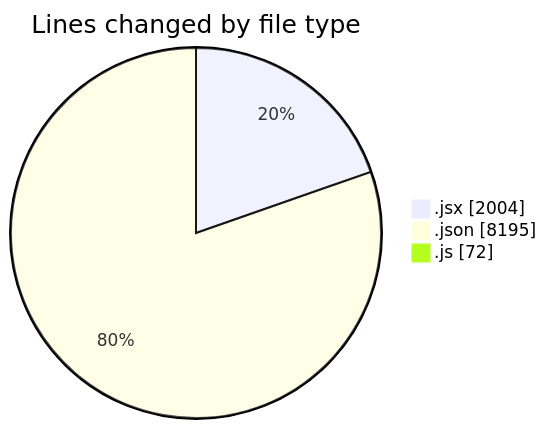
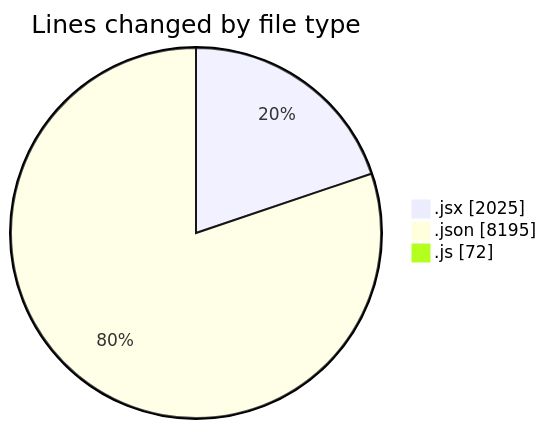
The first of 2 diagrams in 2025-12-23/nxtqube_webapp/README.md (nxtqubesakshisongat/code-tracking), drawn with Mermaid before and after one commit. The commit also changed other lines of this file and 1 other file, not shown here.

````diff
--- a/2025-12-23/nxtqube_webapp/README.md
+++ b/2025-12-23/nxtqube_webapp/README.md
@@ -23,7 +23,7 @@
 ```mermaid
 pie showData
 title Lines changed by file type
-".jsx" : 2004
+".jsx" : 2025
 ".json" : 8195
 ".js" : 72
 ```
````
